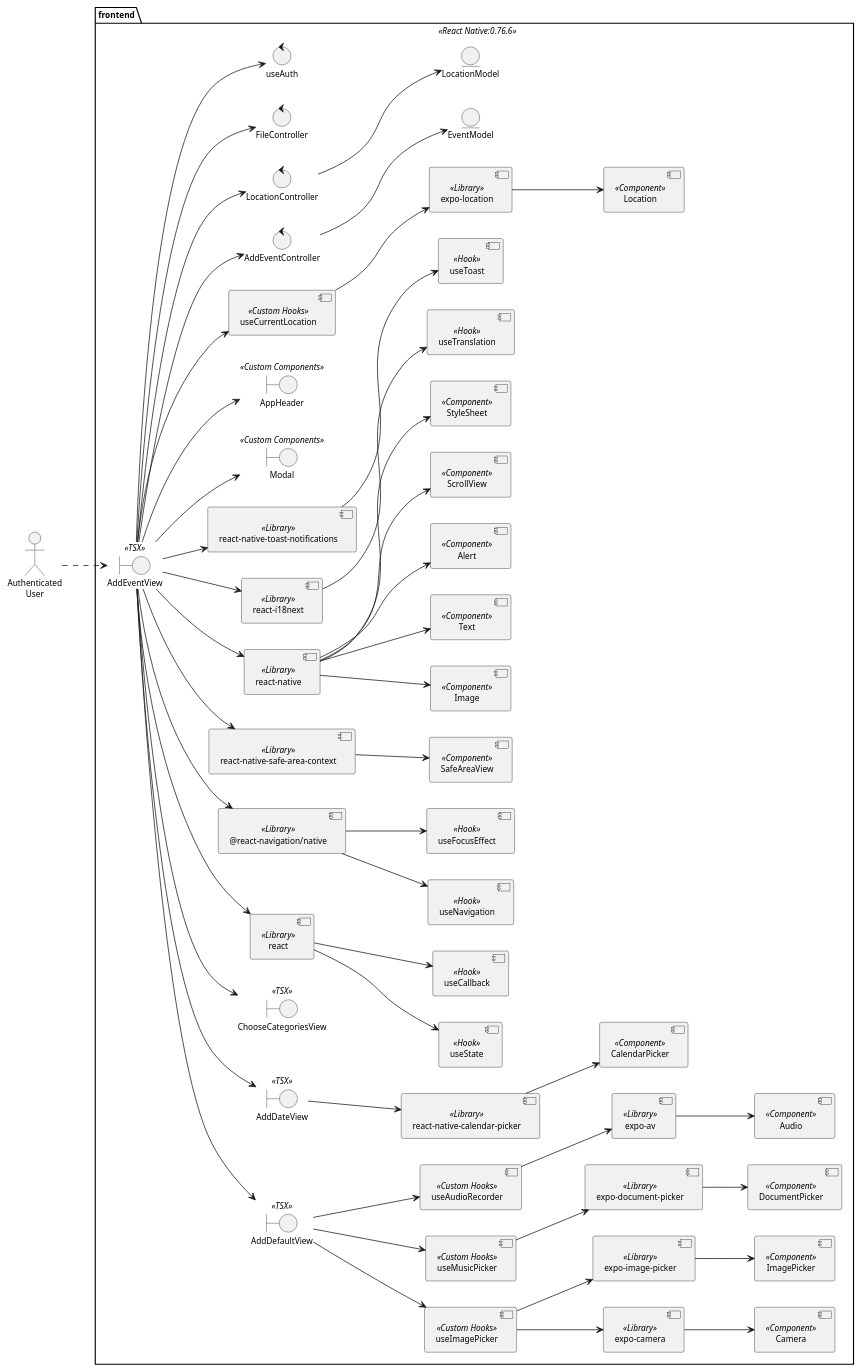
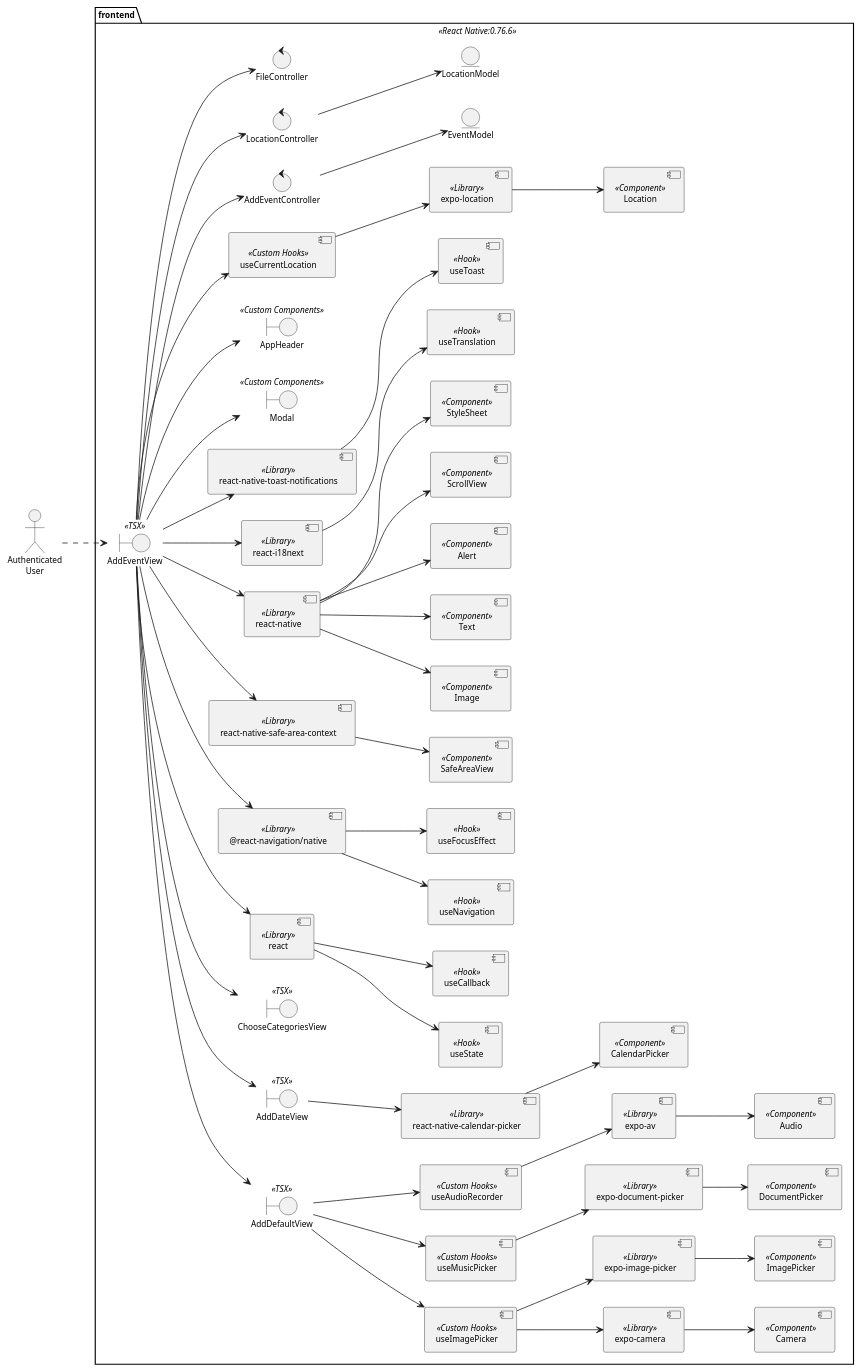
One commit to valeraruggierotesisucv/tesis-frameworks-mobile-diagrams changed the diagram in Diseño/React Native/UC 6 Diseño/DesignClassDiagram.plantuml. Above: the diagram before and after it, drawn with PlantUML. The commit also changed 10 other files, not shown here.

First line of the commit message:
Update interaction sequence diagrams with Supabase storage upload details

```diff
--- a/Diseño/React Native/UC 6 Diseño/DesignClassDiagram.plantuml
+++ b/Diseño/React Native/UC 6 Diseño/DesignClassDiagram.plantuml
@@ -1,159 +1,157 @@
 @startuml DesignClassDiagram
 skinparam style strictuml
 skinparam defaultTextAlignment center
 skinparam defaultFontSize 11
 left to right direction
 actor "Authenticated\nUser" as UserReg
 
 
 package frontend <<React Native:0.76.6>>{
     boundary "AddEventView" as addEventView << TSX >>
     boundary "AddDefaultView" as AddDefaultView << TSX >>
     boundary "AddDateView" as AddDateView << TSX >>
     boundary "ChooseCategoriesView" as ChooseCategoriesView << TSX >>
 
     component "react" as React << Library >>
     component "useState" as useState << Hook >>
     component "useCallback" as useCallback << Hook >>
 
     component "@react-navigation/native" as ReactNavigation << Library >>
     component "useNavigation" as useNavigation << Hook >>
     component "useFocusEffect" as useFocusEffect << Hook >>
 
 
     component "react-native-safe-area-context" as SafeAreaContext << Library >>
     component "SafeAreaView" as SafeAreaView << Component >>
 
     component "react-native" as ReactNative << Library >>
     component "Image" as Image << Component >>
     component "Text" as Text << Component >>
     component "Alert" as Alert << Component >>
     component "ScrollView" as ScrollView << Component >>
     component "StyleSheet" as StyleSheet << Component >>
 
     component "react-i18next" as ReactI18next << Library >>
     component "useTranslation" as useTranslation << Hook >>
 
     component "react-native-toast-notifications" as ReactNativeToast << Library >>
     component "useToast" as useToast << Hook >>
 
     boundary "Modal" as Modal << Custom Components >>
     boundary "AppHeader" as AppHeader << Custom Components >>
 
     component "useCurrentLocation" as useCurrentLocation << Custom Hooks >>
     component "useImagePicker" as useImagePicker << Custom Hooks >>
     component "useMusicPicker" as useMusicPicker << Custom Hooks >>
     component "useAudioRecorder" as useAudioRecorder << Custom Hooks >>
 
     component "expo-camera" as ExpoCamera << Library >>
     component "Camera" as Camera << Component >>
 
     component "expo-image-picker" as ExpoImagePicker << Library >>
     component "ImagePicker" as ImagePicker << Component >>
 
     component "expo-location" as ExpoLocation << Library >>
     component "Location" as expoLocationComponent << Component >>
 
     component "expo-document-picker" as ExpoDocumentPicker << Library >>
     component "DocumentPicker" as DocumentPicker << Component >>
 
     component "expo-av" as ExpoAV << Library >>
     component "Audio" as AudioComponent << Component >>
 
     component "react-native-calendar-picker" as ReactNativeCalendarPicker << Library >>
     component "CalendarPicker" as CalendarPicker << Component >>
 
     control "AddEventController" as AddEventController 
     control "LocationController" as LocationController
     control "FileController" as FileController
-    control "useAuth" as useAuth
 
     entity "EventModel" as EventModel
     entity "LocationModel" as LocationModel
 }
 
 ' Frontend View Hierarchy
 addEventView --> AddDefaultView 
 addEventView --> AddDateView 
 addEventView --> ChooseCategoriesView 
 addEventView --> useCurrentLocation
 
 ' View Components
 addEventView --> SafeAreaContext
 addEventView --> ReactNative
 addEventView --> ReactNativeToast
 addEventView --> ReactI18next
 addEventView --> ReactNavigation
 addEventView --> React
 addEventView --> Modal
 addEventView --> AppHeader
 
 'AddDefaultView 
 AddDefaultView --> useImagePicker
 AddDefaultView --> useMusicPicker
 AddDefaultView --> useAudioRecorder
 
 'AddDateView
 AddDateView --> ReactNativeCalendarPicker
 ReactNativeCalendarPicker --> CalendarPicker
 
 
 
 ' React
 React --> useState
 React --> useCallback
 
 ' Camera
 useImagePicker --> ExpoCamera
 ExpoCamera --> Camera
 
 ' ImagePicker
 useImagePicker --> ExpoImagePicker
 ExpoImagePicker --> ImagePicker
 
 ' ReactI18next
 ReactI18next --> useTranslation
 
 ' DocumentPicker
 useMusicPicker --> ExpoDocumentPicker
 ExpoDocumentPicker --> DocumentPicker
 
 ' ExpoLocation
 useCurrentLocation --> ExpoLocation
 ExpoLocation --> expoLocationComponent
 
 ' Audio
 useAudioRecorder --> ExpoAV
 ExpoAV --> AudioComponent
 
 ' ReactNative
 ReactNative --> Image
 ReactNative --> Text
 ReactNative --> Alert
 ReactNative --> ScrollView
 ReactNative --> StyleSheet
 
 ' ReactNavigation
 ReactNavigation --> useNavigation
 ReactNavigation --> useFocusEffect
 
 ' ReactNativeToast
 ReactNativeToast --> useToast
 
 ' SafeAreaContext
 SafeAreaContext --> SafeAreaView
 
 ' Controller relationships
 addEventView --> AddEventController
 addEventView --> LocationController
 addEventView --> FileController
-addEventView --> useAuth
 
 AddEventController --> EventModel
 LocationController --> LocationModel
 
 ' User interaction
 UserReg ..> addEventView
 
 
 @enduml
```
